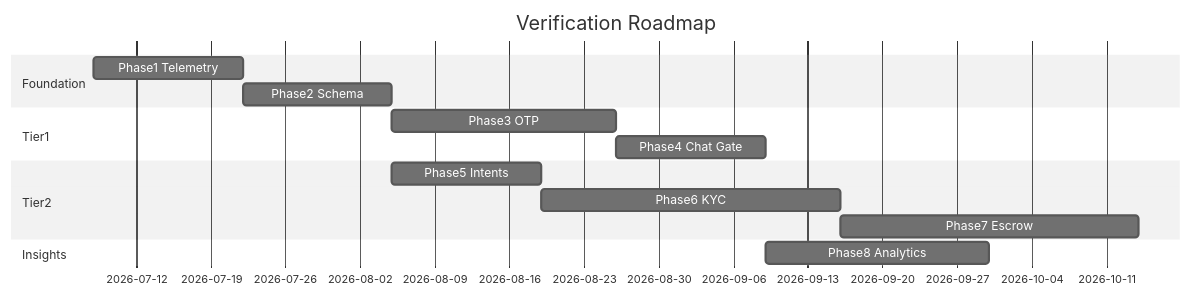
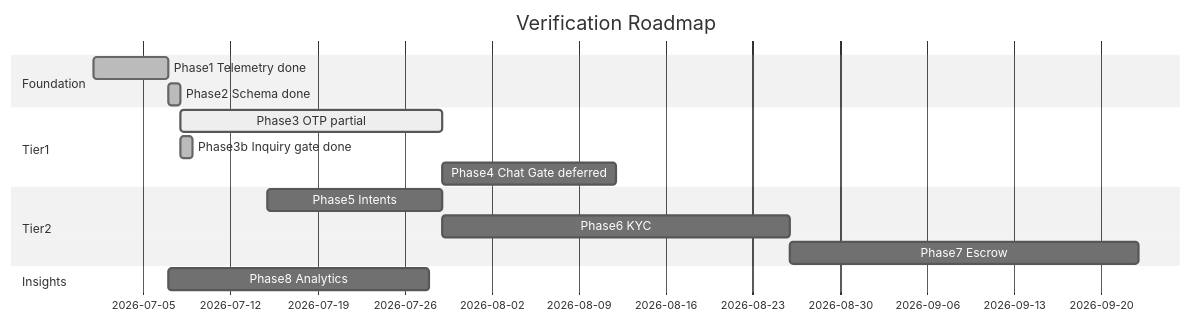
The third of 3 diagrams in VERIFICATION_ROADMAP.md (jlfassio-vibecoder/sellbyownerlocal), drawn with Mermaid (neutral theme) before and after one commit. The commit also changed other lines of this file and 21 other files, not shown here.

First line of the commit message:
Add listing analytics telemetry, aggregation API, and seller Insights tab.

````diff
--- a/VERIFICATION_ROADMAP.md
+++ b/VERIFICATION_ROADMAP.md
@@ -541,17 +608,18 @@
 ```mermaid
 gantt
   title Verification Roadmap
   dateFormat YYYY-MM-DD
   section Foundation
-  Phase1 Telemetry     :p1, 2026-07-08, 2w
-  Phase2 Schema        :p2, after p1, 2w
+  Phase1 Telemetry done     :done, p1, 2026-07-01, 2026-07-07
+  Phase2 Schema done        :done, p2, 2026-07-07, 2026-07-08
   section Tier1
-  Phase3 OTP           :p3, after p2, 3w
-  Phase4 Chat Gate     :p4, after p3, 2w
+  Phase3 OTP partial        :active, p3, 2026-07-08, 3w
+  Phase3b Inquiry gate done :done, p3b, 2026-07-08, 1d
+  Phase4 Chat Gate deferred :p4, after p3, 2w
   section Tier2
-  Phase5 Intents       :p5, after p2, 2w
-  Phase6 KYC           :p6, after p5, 4w
-  Phase7 Escrow        :p7, after p6, 4w
+  Phase5 Intents            :p5, 2026-07-15, 2w
+  Phase6 KYC                :p6, after p5, 4w
+  Phase7 Escrow             :p7, after p6, 4w
   section Insights
-  Phase8 Analytics     :p8, after p4, 3w
+  Phase8 Analytics          :p8, after p1, 3w
 ```
````
